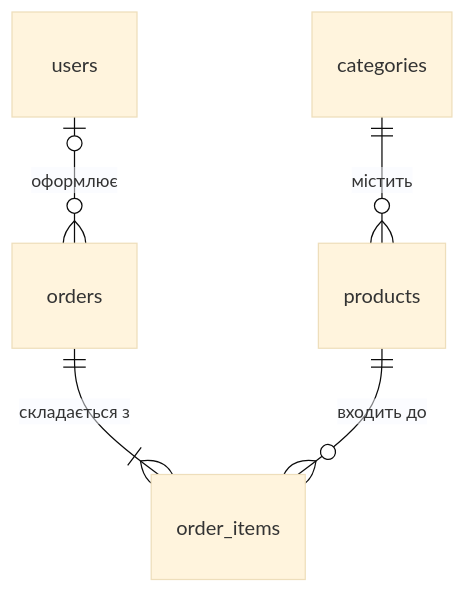
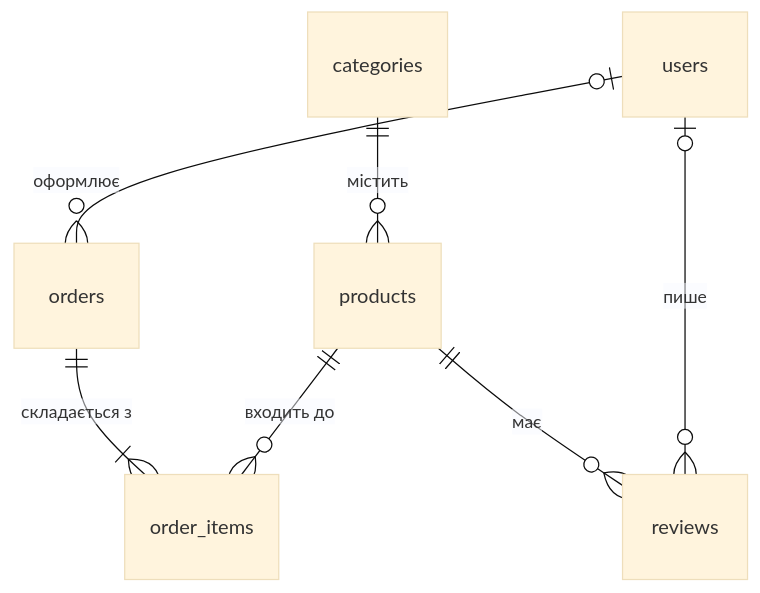
Before and after one commit to Hyrysake/omnitech: the diagram in README.md, drawn with Mermaid (base theme). The commit also changed other lines of this file and 10 other files, not shown here.

````diff
--- a/README.md
+++ b/README.md
@@ -83,7 +86,9 @@
 ```mermaid
 erDiagram
     categories ||--o{ products : "містить"
     users |o--o{ orders : "оформлює"
     orders ||--|{ order_items : "складається з"
     products ||--o{ order_items : "входить до"
+    products ||--o{ reviews : "має"
+    users |o--o{ reviews : "пише"
 ```
````
